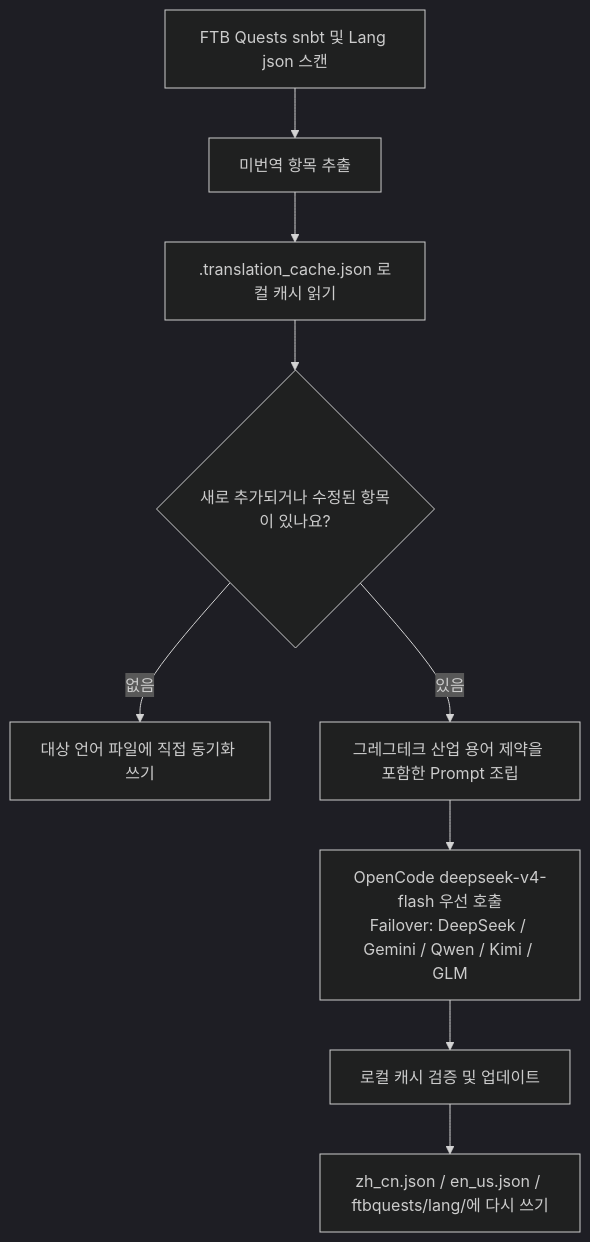
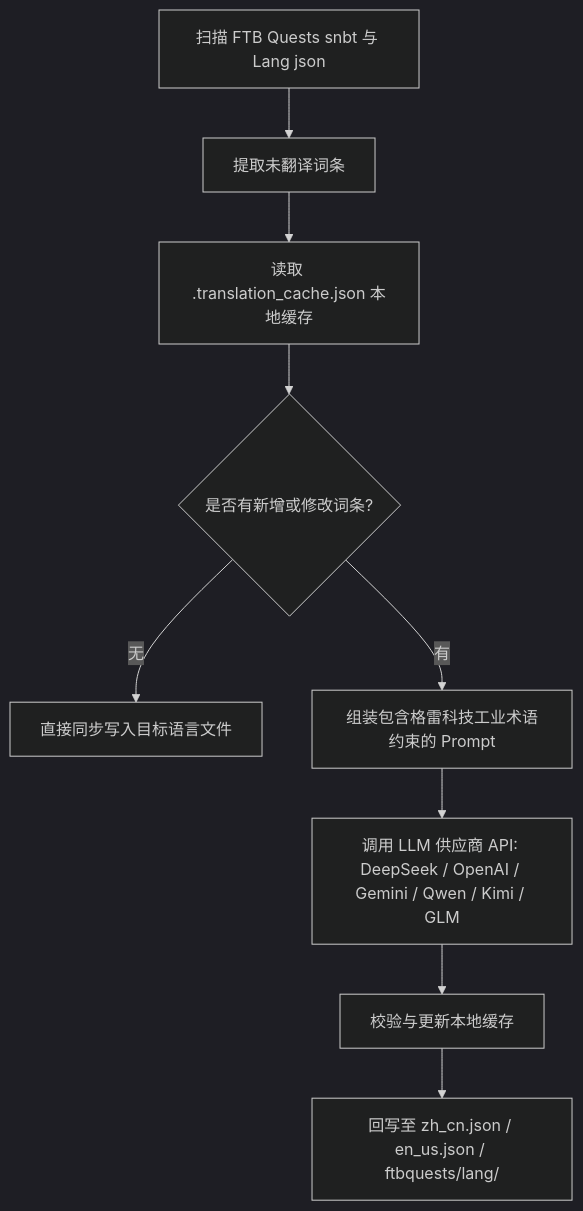
One commit to takanashisatou/GregtechEasy changed the diagram in docs/ko/ci-cd-and-translation/ai-translation.md. Above: the diagram before and after it, drawn with Mermaid (dark theme). The commit also changed other lines of this file and 144 other files, not shown here.

````diff
--- a/docs/ko/ci-cd-and-translation/ai-translation.md
+++ b/docs/ko/ci-cd-and-translation/ai-translation.md
@@ -27,11 +13,11 @@
 ```mermaid
 graph TD
-    A[FTB Quests snbt 및 Lang json 스캔] --> B[미번역 항목 추출]
-    B --> C[.translation_cache.json 로컬 캐시 읽기]
-    C --> D{새로 추가되거나 수정된 항목이 있나요?}
-    D -- 없음 --> E[대상 언어 파일에 직접 동기화 쓰기]
-    D -- 있음 --> F[그레그테크 산업 용어 제약을 포함한 Prompt 조립]
-    F --> G["OpenCode deepseek-v4-flash 우선 호출<br/>Failover: DeepSeek / Gemini / Qwen / Kimi / GLM"]
-    G --> H[로컬 캐시 검증 및 업데이트]
-    H --> I[zh_cn.json / en_us.json / ftbquests/lang/에 다시 쓰기]
+    A[扫描 FTB Quests snbt 与 Lang json] --> B[提取未翻译词条]
+    B --> C[读取 .translation_cache.json 本地缓存]
+    C --> D{是否有新增或修改词条?}
+    D -- 无 --> E[直接同步写入目标语言文件]
+    D -- 有 --> F[组装包含格雷科技工业术语约束的 Prompt]
+    F --> G[调用 LLM 供应商 API: DeepSeek / OpenAI / Gemini / Qwen / Kimi / GLM]
+    G --> H[校验与更新本地缓存]
+    H --> I[回写至 zh_cn.json / en_us.json / ftbquests/lang/]
 ```
````
